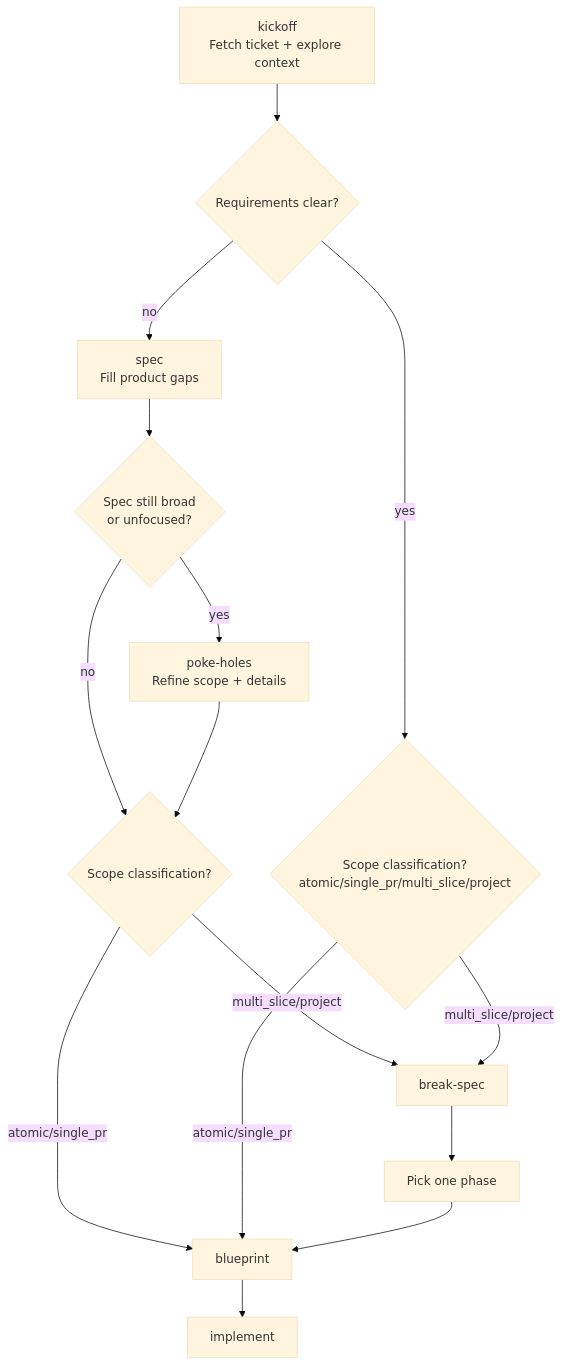
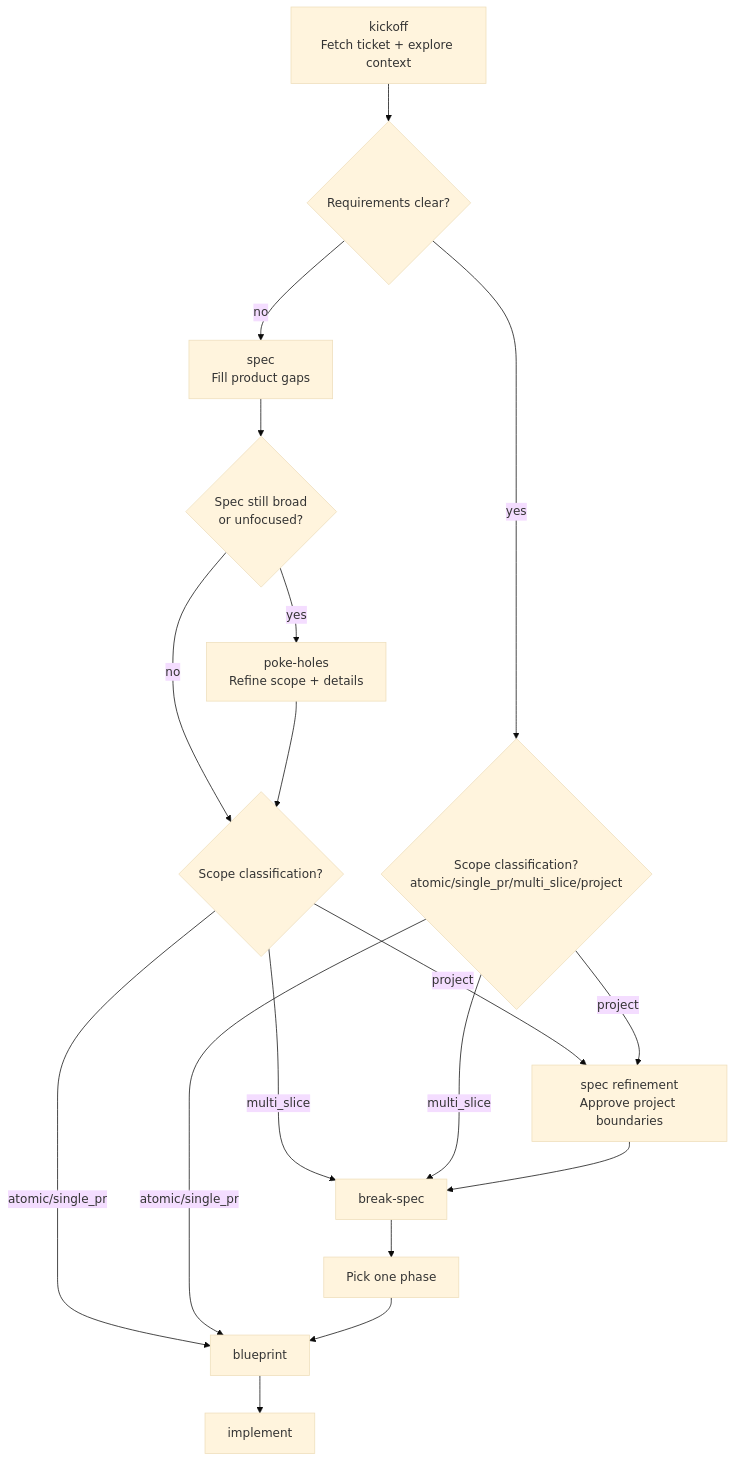
One commit to sandsower/beislid changed the second of 4 diagrams in docs/workflows.md. Above: the diagram before and after it, drawn with Mermaid (base theme). The commit also changed 7 other files, not shown here.

````diff
--- a/docs/workflows.md
+++ b/docs/workflows.md
@@ -45,17 +45,20 @@
 ```mermaid
 flowchart TD
   A["kickoff<br/>Fetch ticket + explore context"] --> B{"Requirements clear?"}
   B -- "no" --> C["spec<br/>Fill product gaps"]
   B -- "yes" --> D{"Scope classification?<br/>atomic/single_pr/multi_slice/project"}
   C --> P{"Spec still broad<br/>or unfocused?"}
   P -- "yes" --> Q["poke-holes<br/>Refine scope + details"]
   P -- "no" --> E{"Scope classification?"}
   Q --> E
-  E -- "multi_slice/project" --> F["break-spec"]
+  E -- "multi_slice" --> F["break-spec"]
+  E -- "project" --> R["spec refinement<br/>Approve project boundaries"]
   E -- "atomic/single_pr" --> G["blueprint"]
-  D -- "multi_slice/project" --> F
+  D -- "multi_slice" --> F
+  D -- "project" --> R
   D -- "atomic/single_pr" --> G
+  R --> F
   F --> H["Pick one phase"]
   H --> G
   G --> I["implement"]
 ```
````
